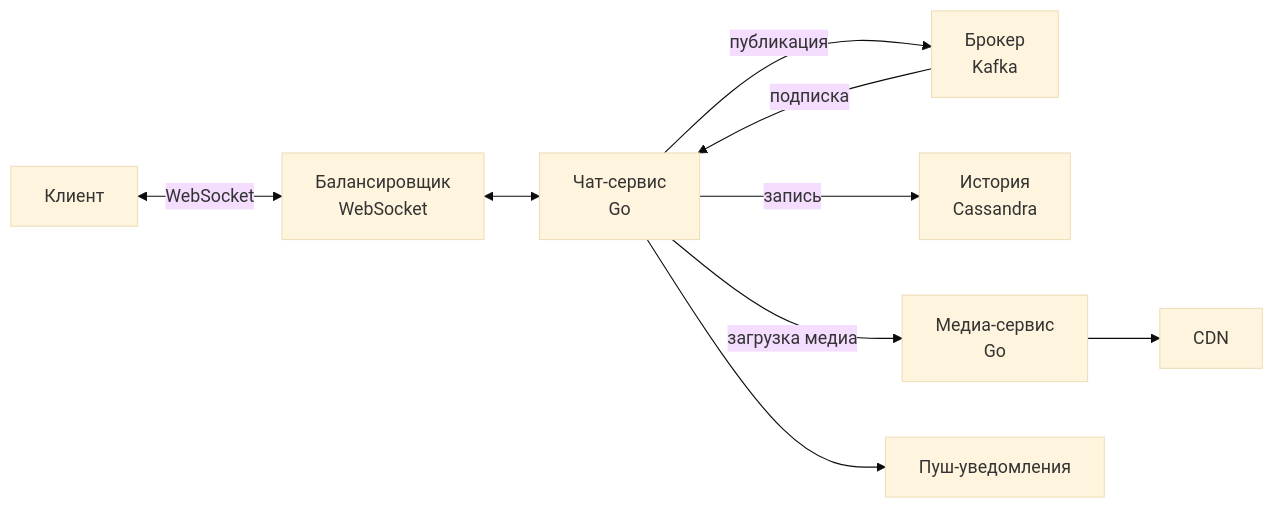
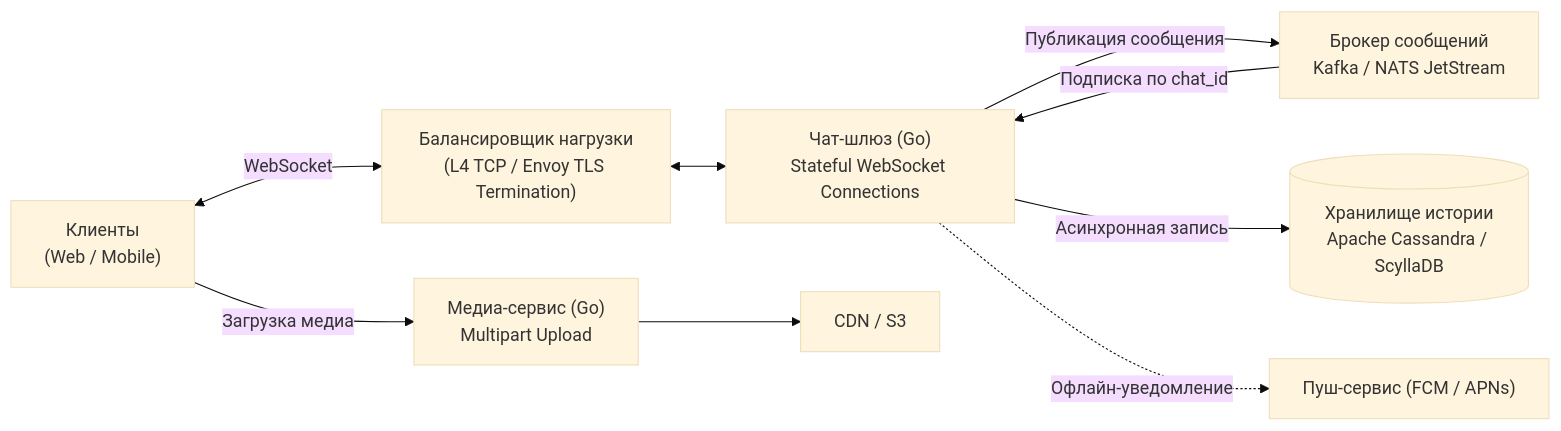
One commit to UnrealTemplier/go-textbook changed the second of 10 diagrams in sources/11. Архитектура и System Design/52. Разбор типичных System Design задач.md. Above: the diagram before and after it, drawn with Mermaid (base theme). The commit also changed other lines of this file, not shown here.

````diff
--- a/sources/11. Архитектура и System Design/52. Разбор типичных System Design задач.md
+++ b/sources/11. Архитектура и System Design/52. Разбор типичных System Design задач.md
@@ -74,18 +96,18 @@
 ```mermaid
 flowchart LR
-    Client["Клиент"]
-    LB["Балансировщик<br>WebSocket"]
-    ChatSvc["Чат-сервис<br>Go"]
-    Broker["Брокер<br>Kafka"]
-    History["История<br>Cassandra"]
-    Media["Медиа-сервис<br>Go"]
-    CDN["CDN"]
-    Push["Пуш-уведомления"]
+    Client["Клиенты<br>(Web / Mobile)"]
+    LB["Балансировщик нагрузки<br>(L4 TCP / Envoy TLS Termination)"]
+    ChatSvc["Чат-шлюз (Go)<br>Stateful WebSocket Connections"]
+    Broker["Брокер сообщений<br>Kafka / NATS JetStream"]
+    History[("Хранилище истории<br>Apache Cassandra / ScyllaDB")]
+    Media["Медиа-сервис (Go)<br>Multipart Upload"]
+    CDN["CDN / S3"]
+    Push["Пуш-сервис (FCM / APNs)"]
 
     Client <-->|"WebSocket"| LB <--> ChatSvc
-    ChatSvc -->|"публикация"| Broker
-    Broker -->|"подписка"| ChatSvc
-    ChatSvc -->|"запись"| History
-    ChatSvc -->|"загрузка медиа"| Media --> CDN
-    ChatSvc --> Push
+    ChatSvc -->|"Публикация сообщения"| Broker
+    Broker -->|"Подписка по chat_id"| ChatSvc
+    ChatSvc -->|"Асинхронная запись"| History
+    Client -->|"Загрузка медиа"| Media --> CDN
+    ChatSvc -.->|"Офлайн-уведомление"| Push
 ```
````
